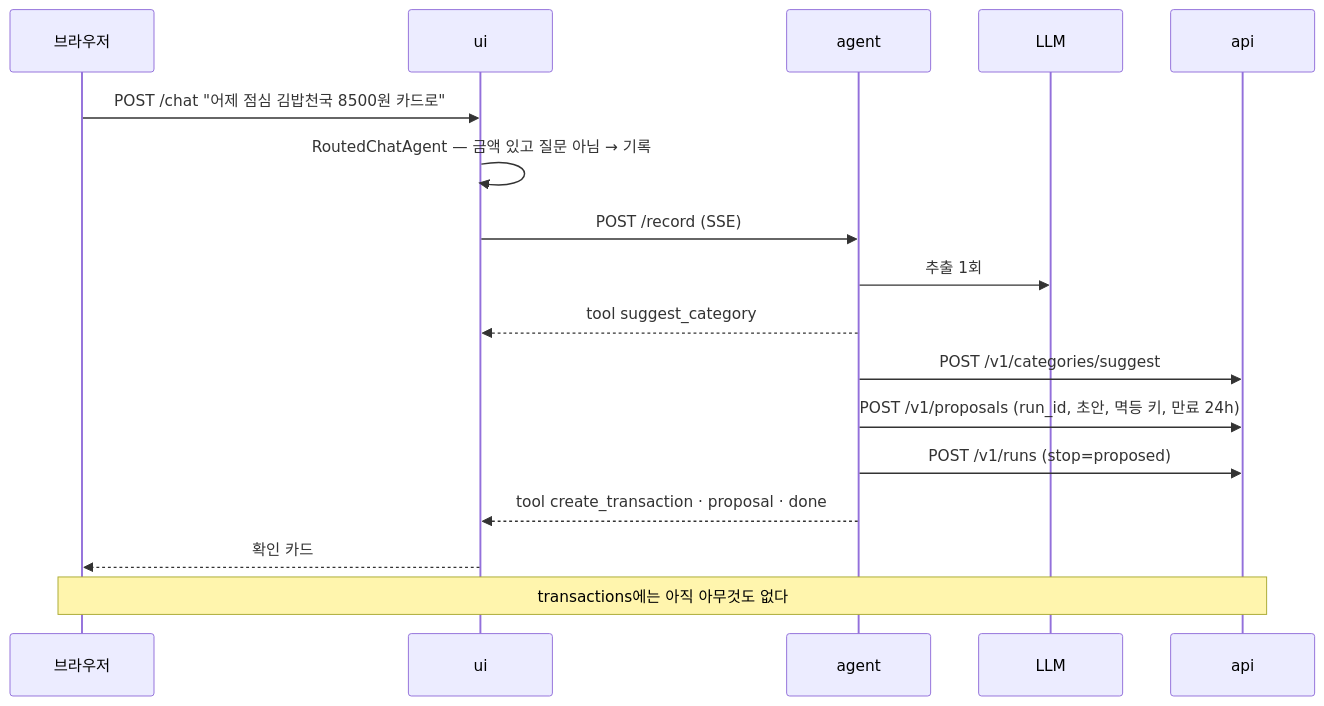
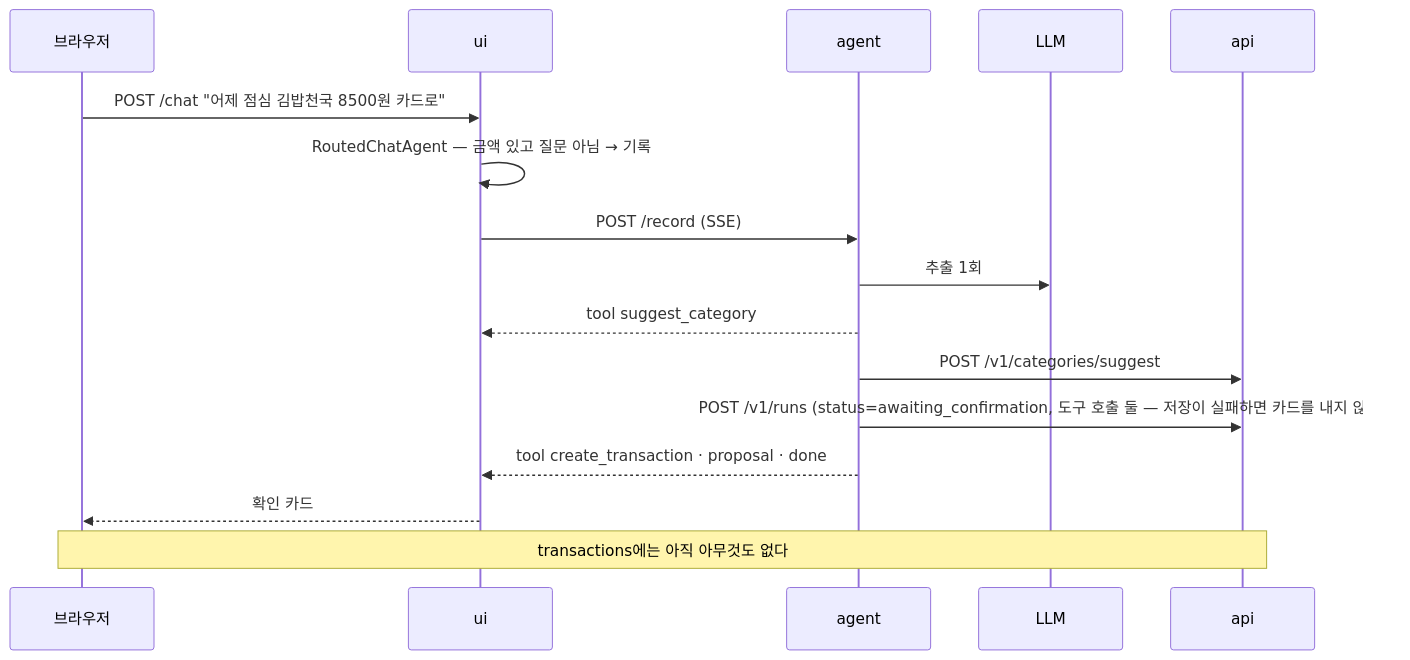
One commit to 2026-ai-service-engineering-a/account-book changed the first of 6 diagrams in docs/ai/chat-capture.md. Above: the diagram before and after it, drawn with Mermaid. The commit also changed other lines of this file, not shown here.

````diff
--- a/docs/ai/chat-capture.md
+++ b/docs/ai/chat-capture.md
@@ -96,19 +96,18 @@
 ```mermaid
 sequenceDiagram
     participant B as 브라우저
     participant U as ui
     participant AG as agent
     participant LLM
     participant API as api
     B->>U: POST /chat "어제 점심 김밥천국 8500원 카드로"
     U->>U: RoutedChatAgent — 금액 있고 질문 아님 → 기록
     U->>AG: POST /record (SSE)
     AG->>LLM: 추출 1회
     AG-->>U: tool suggest_category
     AG->>API: POST /v1/categories/suggest
-    AG->>API: POST /v1/proposals (run_id, 초안, 멱등 키, 만료 24h)
-    AG->>API: POST /v1/runs (stop=proposed)
+    AG->>API: POST /v1/runs (status=awaiting_confirmation, 도구 호출 둘 — 저장이 실패하면 카드를 내지 않는다)
     AG-->>U: tool create_transaction · proposal · done
     U-->>B: 확인 카드
     Note over B,API: transactions에는 아직 아무것도 없다
 ```
````
